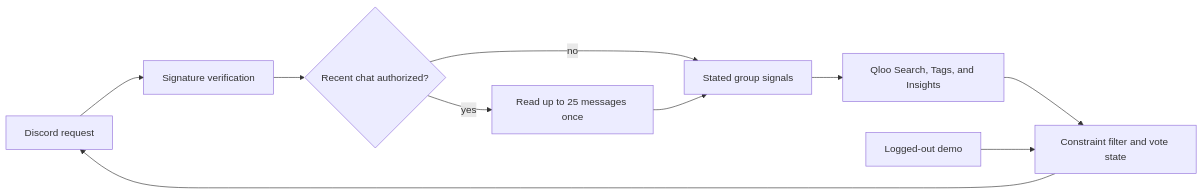
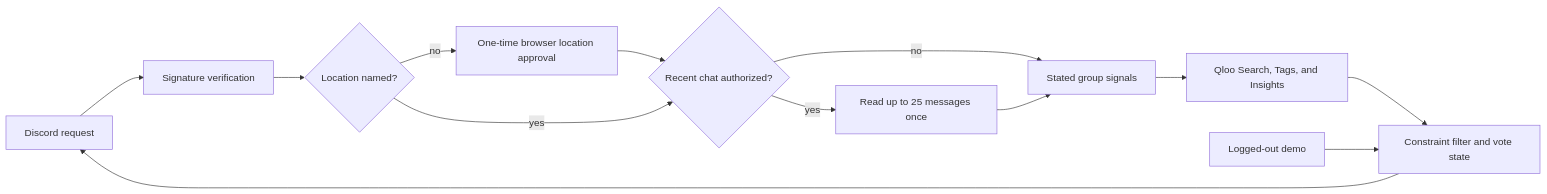
The diagram in README.md (tanishmisra9/encore), drawn with Mermaid before and after one commit. The commit also changed other lines of this file and 8 other files, not shown here.

Commit message:
feat: add one-time browser location handoff for Discord plans

````diff
--- a/README.md
+++ b/README.md
@@ -18,12 +18,16 @@
 ```mermaid
 flowchart LR
   D[Discord request] --> V[Signature verification]
-  V --> C{Recent chat authorized?}
+  V --> L{Location named?}
+  L -->|no| G[One-time browser location approval]
+  G --> C
+  L -->|yes| C
+  C{Recent chat authorized?}
   C -->|yes| H[Read up to 25 messages once]
   C -->|no| S[Stated group signals]
   H --> S
   S --> Q[Qloo Search, Tags, and Insights]
   Q --> R[Constraint filter and vote state]
   R --> D
   W[Logged-out demo] --> R
 ```
````
